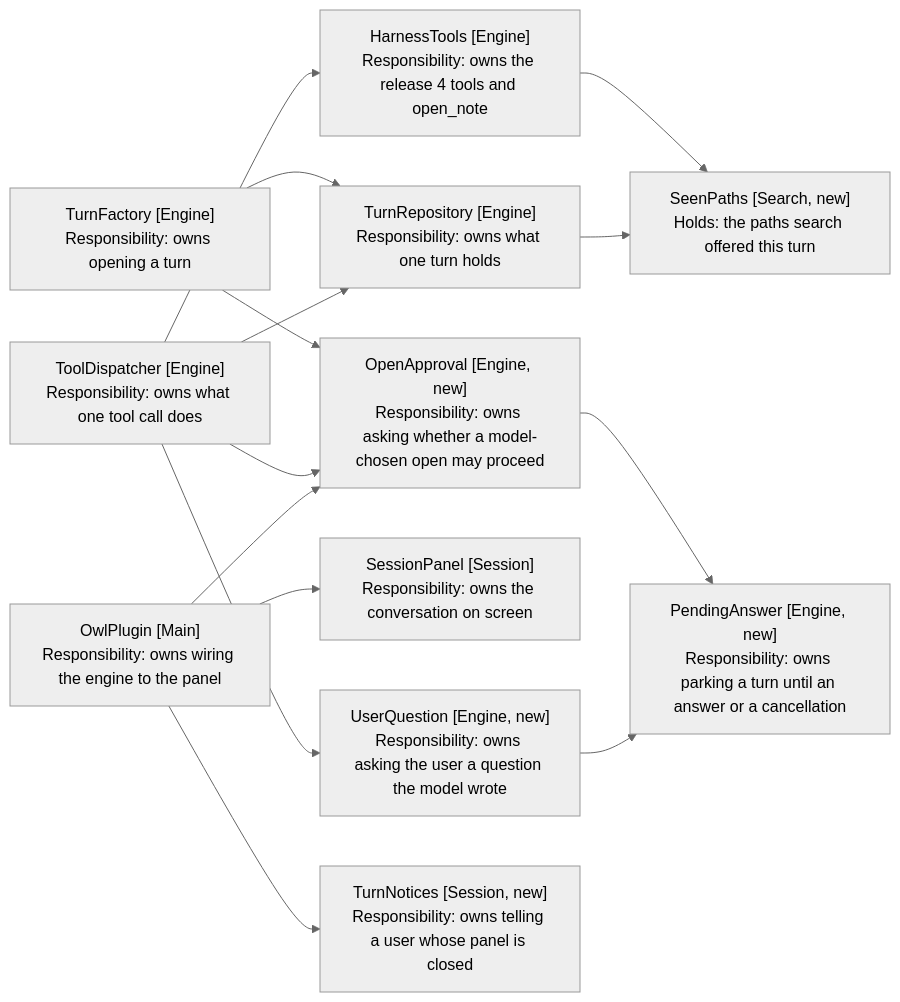
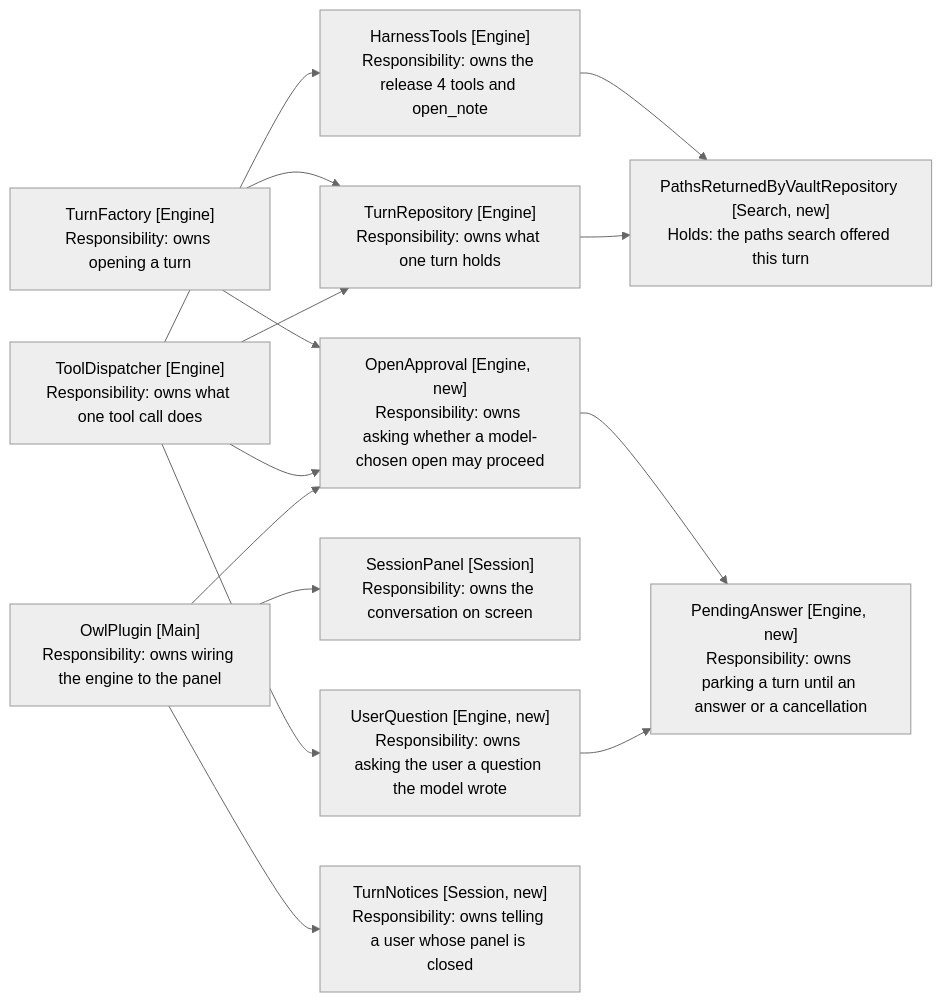
One commit to iparips/obsidian-owl changed the first of 2 diagrams in docs/spec/9-model-chosen-targets/3-component-design.md. Above: the diagram before and after it, drawn with Mermaid (neutral theme). The commit also changed other lines of this file and 36 other files, not shown here.

````diff
--- a/docs/spec/9-model-chosen-targets/3-component-design.md
+++ b/docs/spec/9-model-chosen-targets/3-component-design.md
@@ -100,28 +100,28 @@
 ```mermaid
 flowchart LR
     Dispatcher["ToolDispatcher [Engine]<br/>Responsibility: owns what one tool call does"]
     Approval["OpenApproval [Engine, new]<br/>Responsibility: owns asking whether a model-chosen open may proceed"]
     Harness["HarnessTools [Engine]<br/>Responsibility: owns the release 4 tools and open_note"]
-    Seen["SeenPaths [Search, new]<br/>Holds: the paths search offered this turn"]
+    Seen["PathsReturnedByVaultRepository [Search, new]<br/>Holds: the paths search offered this turn"]
     Turn["TurnRepository [Engine]<br/>Responsibility: owns what one turn holds"]
     Factory["TurnFactory [Engine]<br/>Responsibility: owns opening a turn"]
     Main["OwlPlugin [Main]<br/>Responsibility: owns wiring the engine to the panel"]
     Panel["SessionPanel [Session]<br/>Responsibility: owns the conversation on screen"]
     Question["UserQuestion [Engine, new]<br/>Responsibility: owns asking the user a question the model wrote"]
     Pending["PendingAnswer [Engine, new]<br/>Responsibility: owns parking a turn until an answer or a cancellation"]
     Notices["TurnNotices [Session, new]<br/>Responsibility: owns telling a user whose panel is closed"]
 
     Factory --> Approval
     Factory --> Turn
     Dispatcher --> Approval
     Dispatcher --> Question
     Dispatcher --> Harness
     Dispatcher --> Turn
     Approval --> Pending
     Question --> Pending
     Harness --> Seen
     Turn --> Seen
     Main --> Approval
     Main --> Notices
     Main --> Panel
 ```
````
